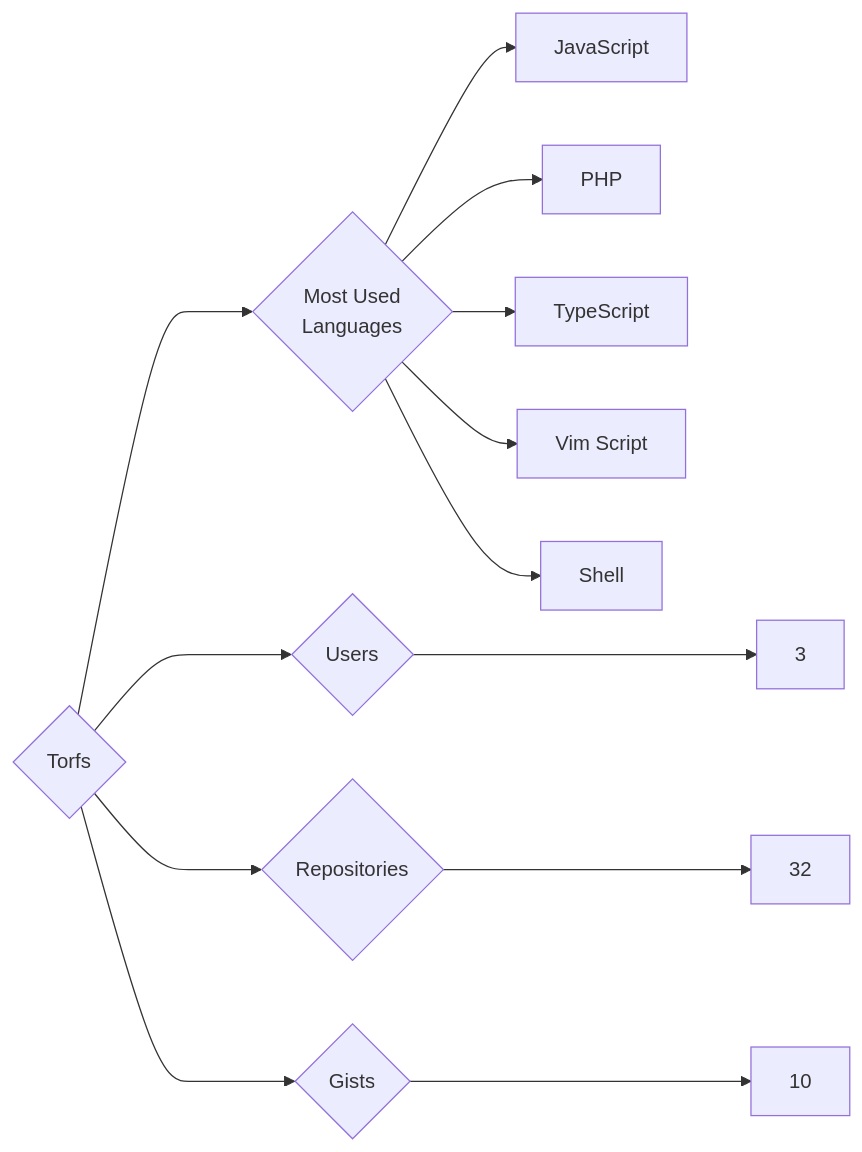
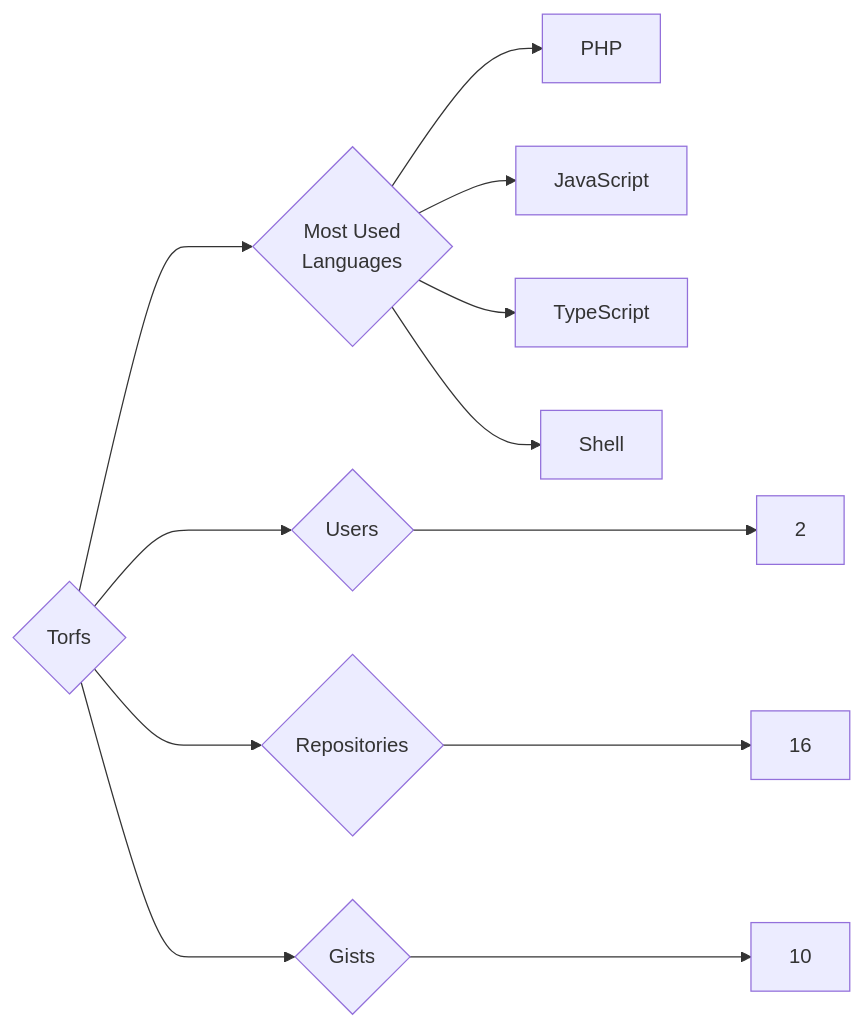
Before and after one commit to trickest/insiders: the diagram in targets/Torfs/README.md, drawn with Mermaid. The commit also changed 1248 other files, not shown here.

````diff
--- a/targets/Torfs/README.md
+++ b/targets/Torfs/README.md
@@ -3,13 +3,12 @@
 ```mermaid
 graph LR
 COMPANY_NAME{Torfs}
-COMPANY_NAME ---> U{Users} ---> UN[3]
-COMPANY_NAME ---> R{Repositories} ---> RN[32]
+COMPANY_NAME ---> U{Users} ---> UN[2]
+COMPANY_NAME ---> R{Repositories} ---> RN[16]
 COMPANY_NAME ---> G{Gists} ---> GN[10]
 COMPANY_NAME ---> ML{Most Used<br>Languages}
+ML --> PHP[PHP]
 ML --> JavaScript[JavaScript]
-ML --> PHP[PHP]
 ML --> TypeScript[TypeScript]
-ML --> Vim_Script[Vim Script]
 ML --> Shell[Shell]
 ```
````
